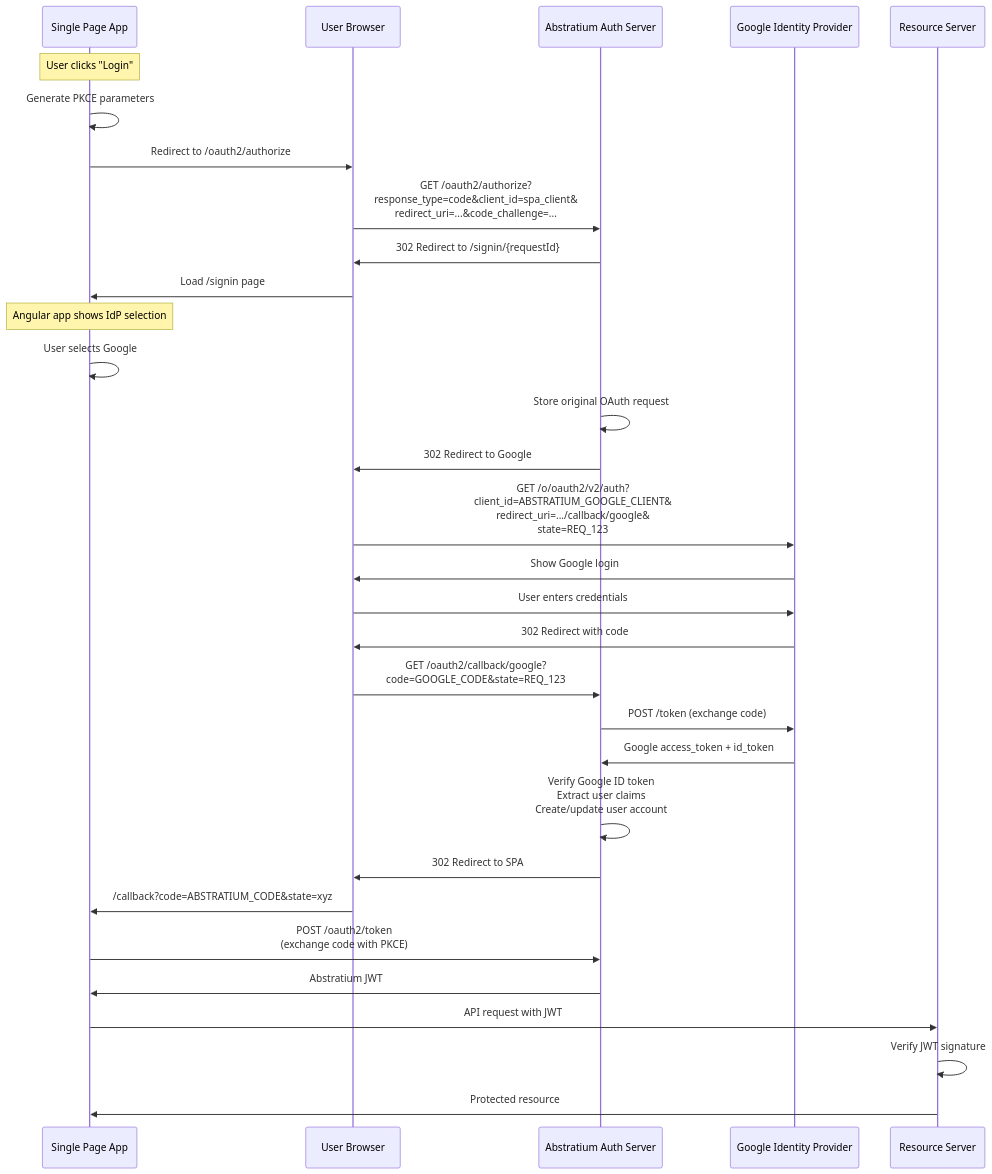
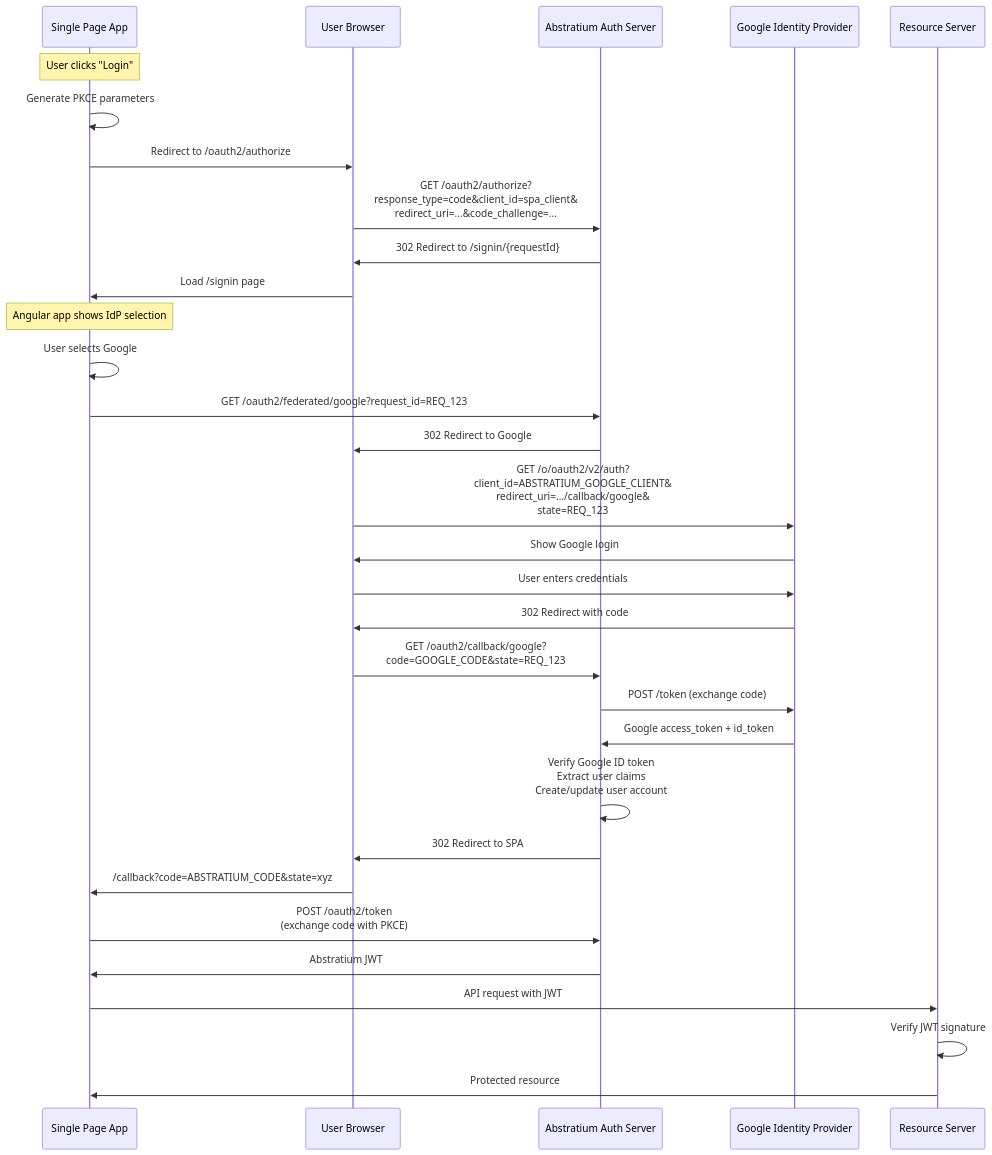
Before and after one commit to abstratium-dev/abstrauth: the second of 4 diagrams in FEDERATED_LOGIN.md, drawn with Mermaid. The commit also changed other lines of this file and 34 other files, not shown here.

Commit message:
added federated login for google

````diff
--- a/FEDERATED_LOGIN.md
+++ b/FEDERATED_LOGIN.md
@@ -80,44 +80,44 @@
 ```mermaid
 sequenceDiagram
     participant SPA as Single Page App
     participant Browser as User Browser
     participant AuthServer as Abstratium Auth Server
     participant Google as Google Identity Provider
     participant ResourceServer as Resource Server
 
     Note over SPA: User clicks "Login"
     
     SPA->>SPA: Generate PKCE parameters
     SPA->>Browser: Redirect to /oauth2/authorize
     Browser->>AuthServer: GET /oauth2/authorize?<br/>response_type=code&client_id=spa_client&<br/>redirect_uri=...&code_challenge=...
     
     AuthServer->>Browser: 302 Redirect to /signin/{requestId}
     Browser->>SPA: Load /signin page
     
     Note over SPA: Angular app shows IdP selection
     SPA->>SPA: User selects Google
+    SPA->>AuthServer: GET /oauth2/federated/google?request_id=REQ_123
     
-    AuthServer->>AuthServer: Store original OAuth request
     AuthServer->>Browser: 302 Redirect to Google
     Browser->>Google: GET /o/oauth2/v2/auth?<br/>client_id=ABSTRATIUM_GOOGLE_CLIENT&<br/>redirect_uri=.../callback/google&<br/>state=REQ_123
     
     Google->>Browser: Show Google login
     Browser->>Google: User enters credentials
     Google->>Browser: 302 Redirect with code
     Browser->>AuthServer: GET /oauth2/callback/google?<br/>code=GOOGLE_CODE&state=REQ_123
     
     AuthServer->>Google: POST /token (exchange code)
     Google->>AuthServer: Google access_token + id_token
     
     AuthServer->>AuthServer: Verify Google ID token<br/>Extract user claims<br/>Create/update user account
     
     AuthServer->>Browser: 302 Redirect to SPA
     Browser->>SPA: /callback?code=ABSTRATIUM_CODE&state=xyz
     
     SPA->>AuthServer: POST /oauth2/token<br/>(exchange code with PKCE)
     AuthServer->>SPA: Abstratium JWT
     
     SPA->>ResourceServer: API request with JWT
     ResourceServer->>ResourceServer: Verify JWT signature
     ResourceServer->>SPA: Protected resource
 ```
````
